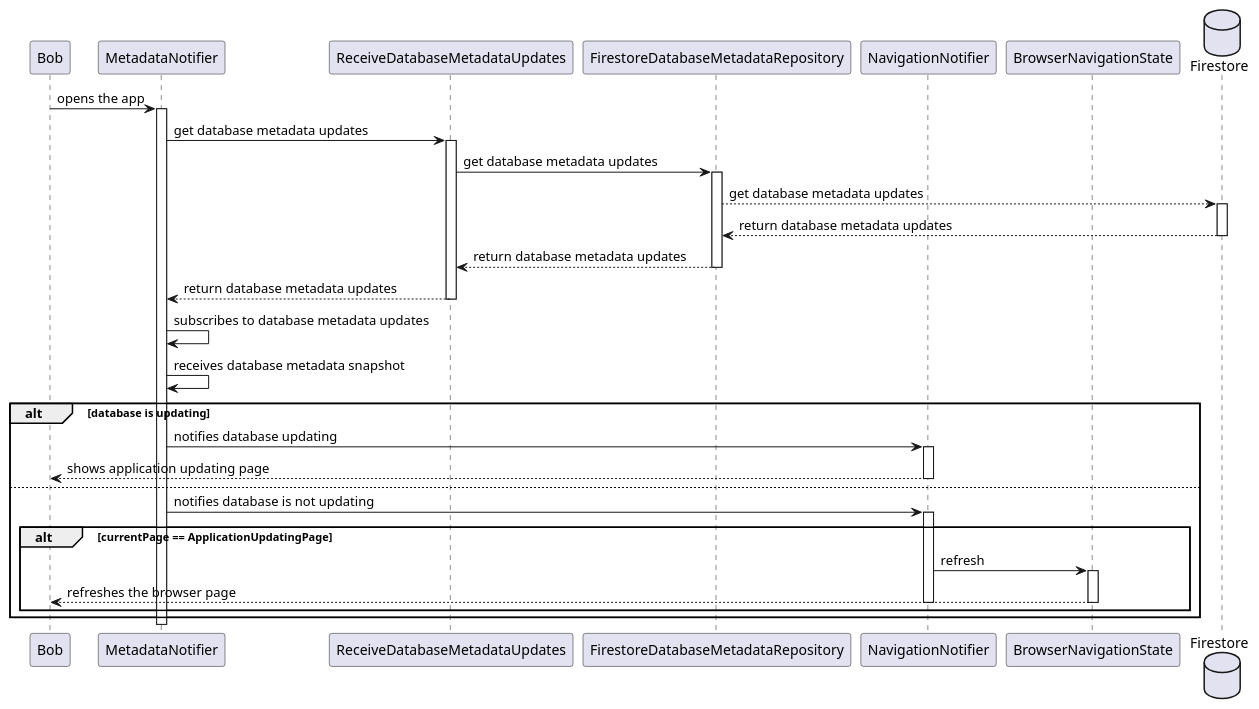
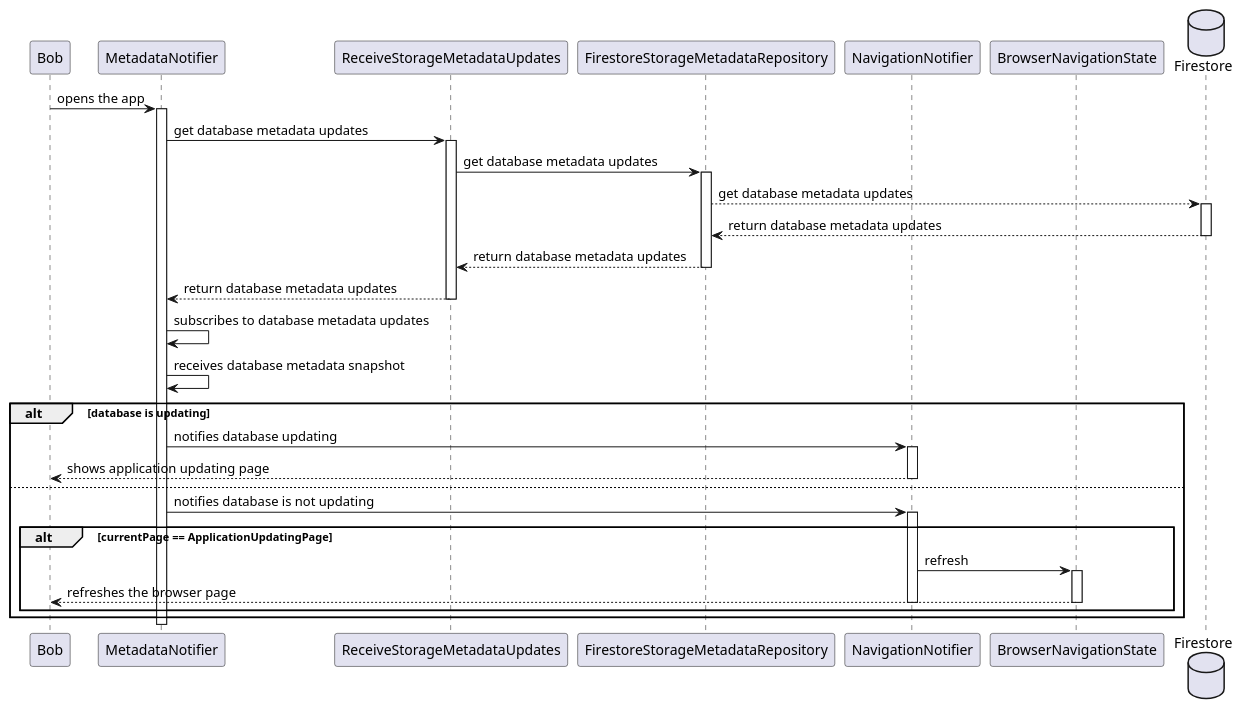
The diagram in metrics/web/docs/features/supported_database_version/diagrams/database_finished_updating_sequence_diagram.puml (Flank/flank-dashboard), drawn with PlantUML before and after one commit. The commit also changed 5 other files, not shown here.

Commit message:
Rename the DatabaseMetadata to StorageMetadata

```diff
--- a/metrics/web/docs/features/supported_database_version/diagrams/database_finished_updating_sequence_diagram.puml
+++ b/metrics/web/docs/features/supported_database_version/diagrams/database_finished_updating_sequence_diagram.puml
@@ -1,64 +1,64 @@
 @startuml database_finished_updating
 
 participant Bob
 
 participant MetadataNotifier
 
-participant ReceiveDatabaseMetadataUpdates
+participant ReceiveStorageMetadataUpdates
 
-participant FirestoreDatabaseMetadataRepository
+participant FirestoreStorageMetadataRepository
 
 participant NavigationNotifier
 
 participant BrowserNavigationState
 
 database Firestore
 
 
 
 Bob -> MetadataNotifier : opens the app
 activate MetadataNotifier
-MetadataNotifier -> ReceiveDatabaseMetadataUpdates : get database metadata updates
-activate ReceiveDatabaseMetadataUpdates
-ReceiveDatabaseMetadataUpdates -> FirestoreDatabaseMetadataRepository : get database metadata updates
-activate FirestoreDatabaseMetadataRepository
-FirestoreDatabaseMetadataRepository --> Firestore : get database metadata updates
+MetadataNotifier -> ReceiveStorageMetadataUpdates : get database metadata updates
+activate ReceiveStorageMetadataUpdates
+ReceiveStorageMetadataUpdates -> FirestoreStorageMetadataRepository : get database metadata updates
+activate FirestoreStorageMetadataRepository
+FirestoreStorageMetadataRepository --> Firestore : get database metadata updates
 activate Firestore
-Firestore --> FirestoreDatabaseMetadataRepository : return database metadata updates
+Firestore --> FirestoreStorageMetadataRepository : return database metadata updates
 deactivate Firestore
-FirestoreDatabaseMetadataRepository --> ReceiveDatabaseMetadataUpdates : return database metadata updates
-deactivate FirestoreDatabaseMetadataRepository
-ReceiveDatabaseMetadataUpdates --> MetadataNotifier : return database metadata updates
-deactivate ReceiveDatabaseMetadataUpdates
+FirestoreStorageMetadataRepository --> ReceiveStorageMetadataUpdates : return database metadata updates
+deactivate FirestoreStorageMetadataRepository
+ReceiveStorageMetadataUpdates --> MetadataNotifier : return database metadata updates
+deactivate ReceiveStorageMetadataUpdates
 
 MetadataNotifier -> MetadataNotifier : subscribes to database metadata updates
 MetadataNotifier -> MetadataNotifier : receives database metadata snapshot
 
 alt database is updating
 
     MetadataNotifier -> NavigationNotifier : notifies database updating
     activate NavigationNotifier
     NavigationNotifier --> Bob : shows application updating page
     deactivate NavigationNotifier
 
 else
 
     MetadataNotifier -> NavigationNotifier : notifies database is not updating
     activate NavigationNotifier
 
     alt currentPage == ApplicationUpdatingPage
 
         NavigationNotifier -> BrowserNavigationState : refresh
         activate BrowserNavigationState
         BrowserNavigationState --> Bob : refreshes the browser page
         deactivate BrowserNavigationState
         deactivate NavigationNotifier
 
     end
 
 end
 
 deactivate MetadataNotifier
 
 
 @enduml
```
